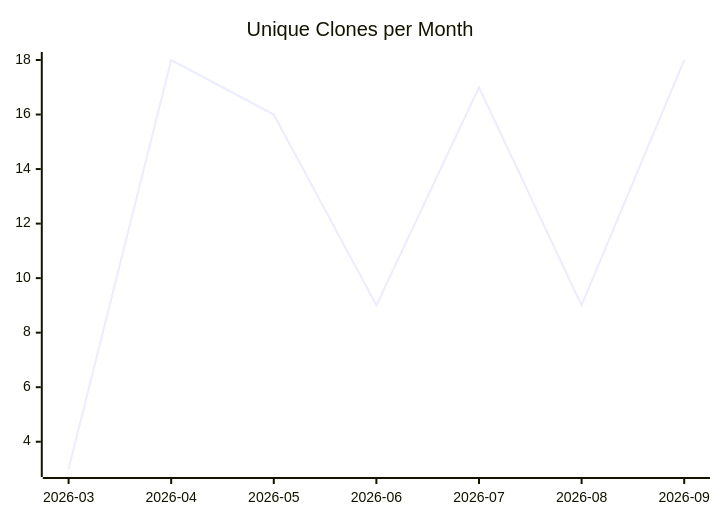
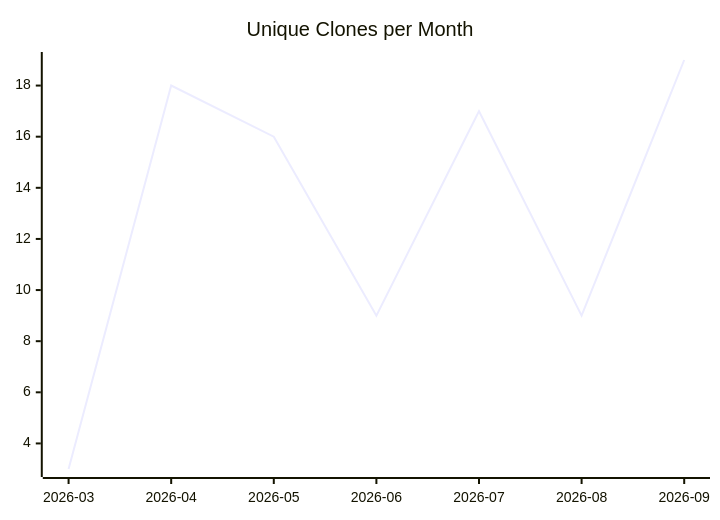
One commit to justdavis-family/github-analytics-data changed the third of 3 diagrams in karlmdavis/jessentials/README.md. Above: the diagram before and after it, drawn with Mermaid. The commit also changed other lines of this file and 198 other files, not shown here.

````diff
--- a/karlmdavis/jessentials/README.md
+++ b/karlmdavis/jessentials/README.md
@@ -19,6 +19,6 @@
 ```mermaid
 xychart-beta
   title "Unique Clones per Month"
   x-axis ["2026-03", "2026-04", "2026-05", "2026-06", "2026-07", "2026-08", "2026-09"]
-  line [3, 18, 16, 9, 17, 9, 18]
+  line [3, 18, 16, 9, 17, 9, 19]
 ```
````
